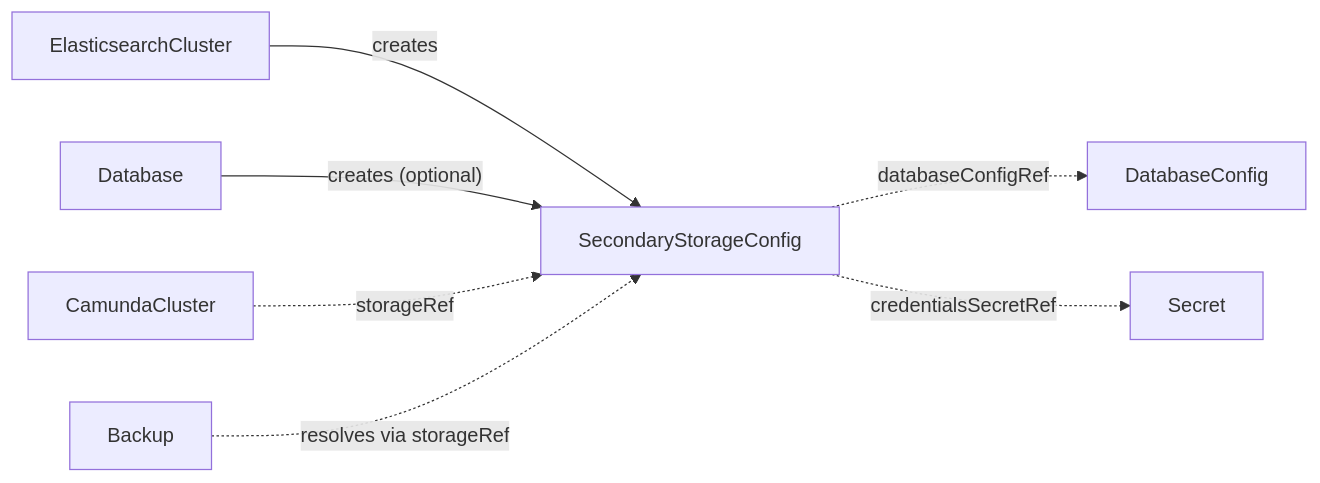
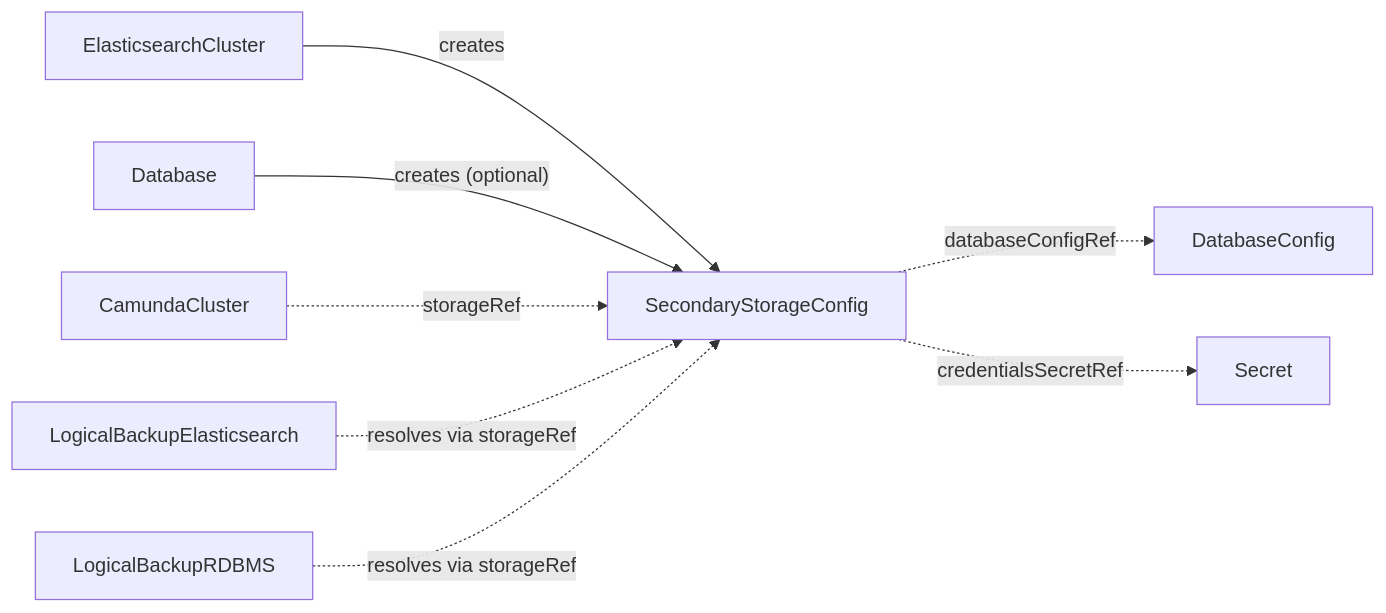
Before and after one commit to konsole-is/camunda-operator: the diagram in docs/crds/secondarystorageconfig.md, drawn with Mermaid. The commit also changed other lines of this file and 17 other files, not shown here.

````diff
--- a/docs/crds/secondarystorageconfig.md
+++ b/docs/crds/secondarystorageconfig.md
@@ -35,9 +35,10 @@
 ```mermaid
 graph LR
     ESC[ElasticsearchCluster] -->|creates| SSC[SecondaryStorageConfig]
     DB[Database] -->|"creates (optional)"| SSC
     SSC -.->|databaseConfigRef| DBC[DatabaseConfig]
     SSC -.->|credentialsSecretRef| SEC[Secret]
     CC[CamundaCluster] -.->|storageRef| SSC
-    BK[Backup] -.->|resolves via storageRef| SSC
+    LBE[LogicalBackupElasticsearch] -.->|resolves via storageRef| SSC
+    LBR[LogicalBackupRDBMS] -.->|resolves via storageRef| SSC
 ```
````
